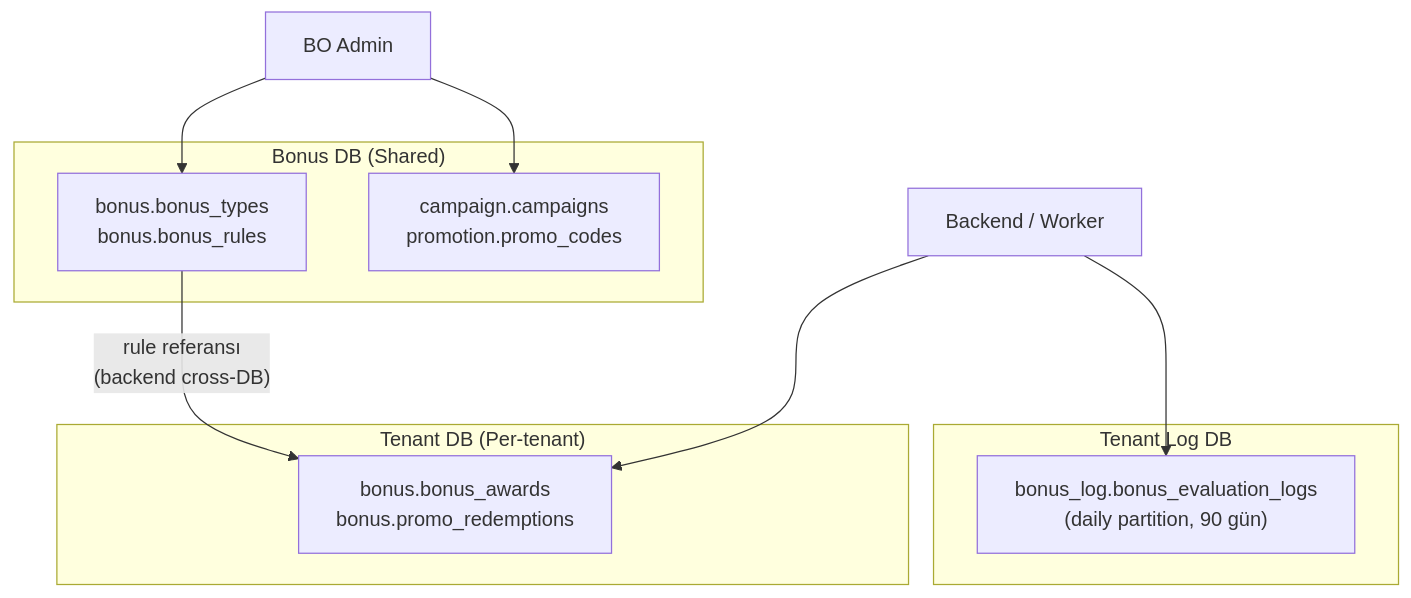
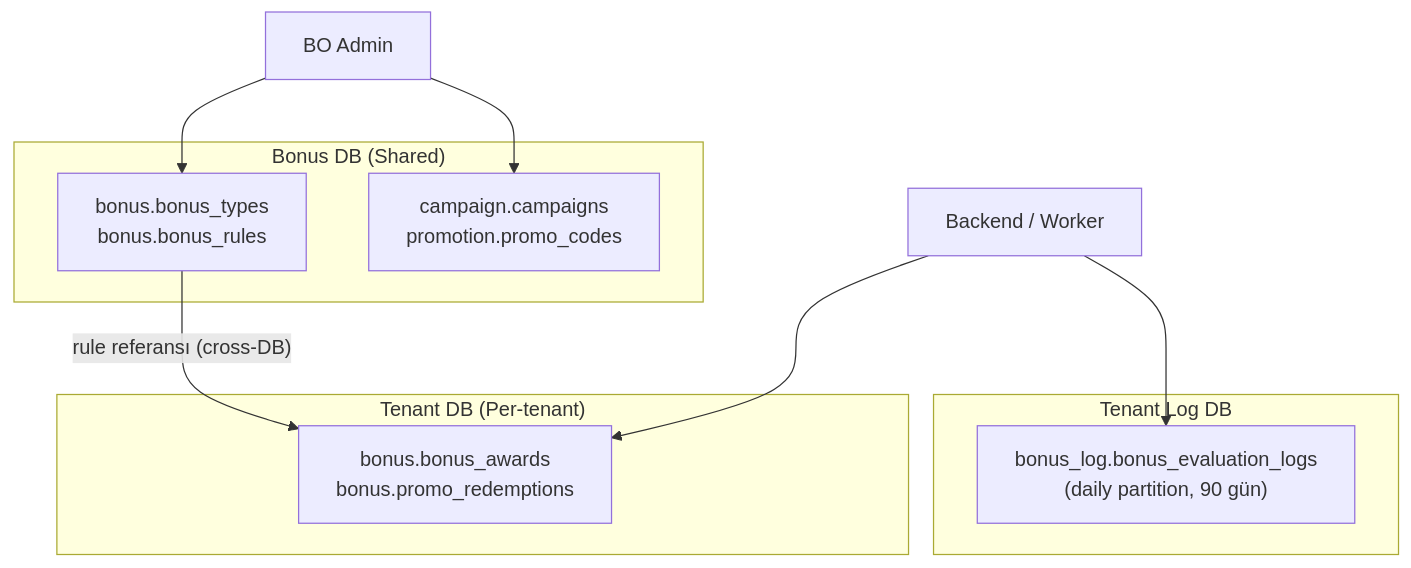
Before and after one commit to frhtshn/One.DB: the diagram in .docs/guides/BONUS_ENGINE_GUIDE.md, drawn with Mermaid. The commit also changed 6 other files, not shown here.

Commit message:
docs: Update flowchart formatting for improved readability in multiple guides

````diff
--- a/.docs/guides/BONUS_ENGINE_GUIDE.md
+++ b/.docs/guides/BONUS_ENGINE_GUIDE.md
@@ -9,18 +9,18 @@
 ```mermaid
 flowchart TD
     subgraph bonus["Bonus DB (Shared)"]
-        B1["bonus.bonus_types\nbonus.bonus_rules"]
-        B2["campaign.campaigns\npromotion.promo_codes"]
+        B1["bonus.bonus_types<br/>bonus.bonus_rules"]
+        B2["campaign.campaigns<br/>promotion.promo_codes"]
     end
     subgraph tenant["Tenant DB (Per-tenant)"]
-        T1["bonus.bonus_awards\nbonus.promo_redemptions"]
+        T1["bonus.bonus_awards<br/>bonus.promo_redemptions"]
     end
     subgraph tenant_log["Tenant Log DB"]
-        L1["bonus_log.bonus_evaluation_logs\n(daily partition, 90 gün)"]
+        L1["bonus_log.bonus_evaluation_logs<br/>(daily partition, 90 gün)"]
     end
     BO["BO Admin"] --> B1
     BO --> B2
-    B1 -- "rule referansı\n(backend cross-DB)" --> T1
+    B1 -- "rule referansı (cross-DB)" --> T1
     W["Backend / Worker"] --> T1
     W --> L1
 ```
````
